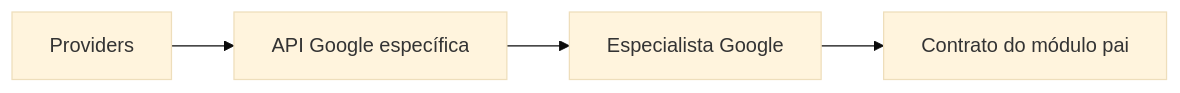
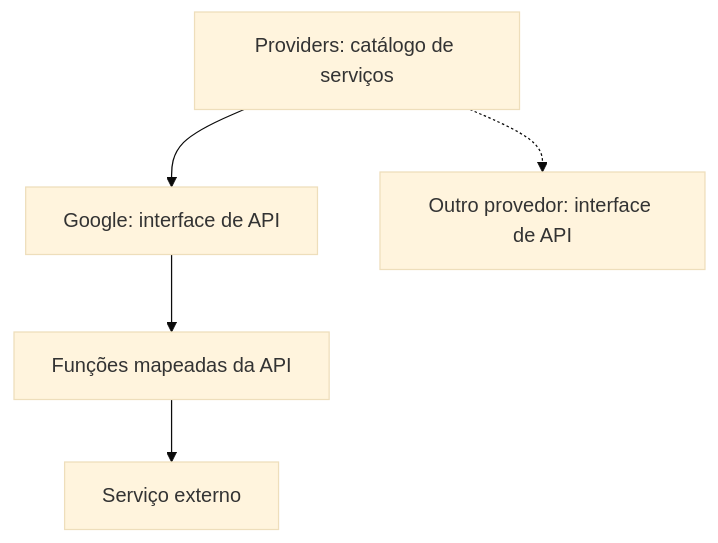
Before and after one commit to rafatosta/drivesync: the diagram in docs/engine/providers/README.md, drawn with Mermaid (base theme). The commit also changed other lines of this file, not shown here.

Commit message:
docs(providers): narrow external API provider responsibilities (providers/README.md)

````diff
--- a/docs/engine/providers/README.md
+++ b/docs/engine/providers/README.md
@@ -50,8 +35,12 @@
 ```mermaid
-flowchart LR
-    P["Providers"]
-    G["API Google específica"]
-    P --> G
-    G --> A["Especialista Google"]
-    A --> C["Contrato do módulo pai"]
+flowchart TB
+    C["Providers: catálogo de serviços"]
+    G["Google: interface de API"]
+    X["Outro provedor: interface de API"]
+    R["Funções mapeadas da API"]
+    S["Serviço externo"]
+    C --> G
+    C -.-> X
+    G --> R
+    R --> S
 ```
````
